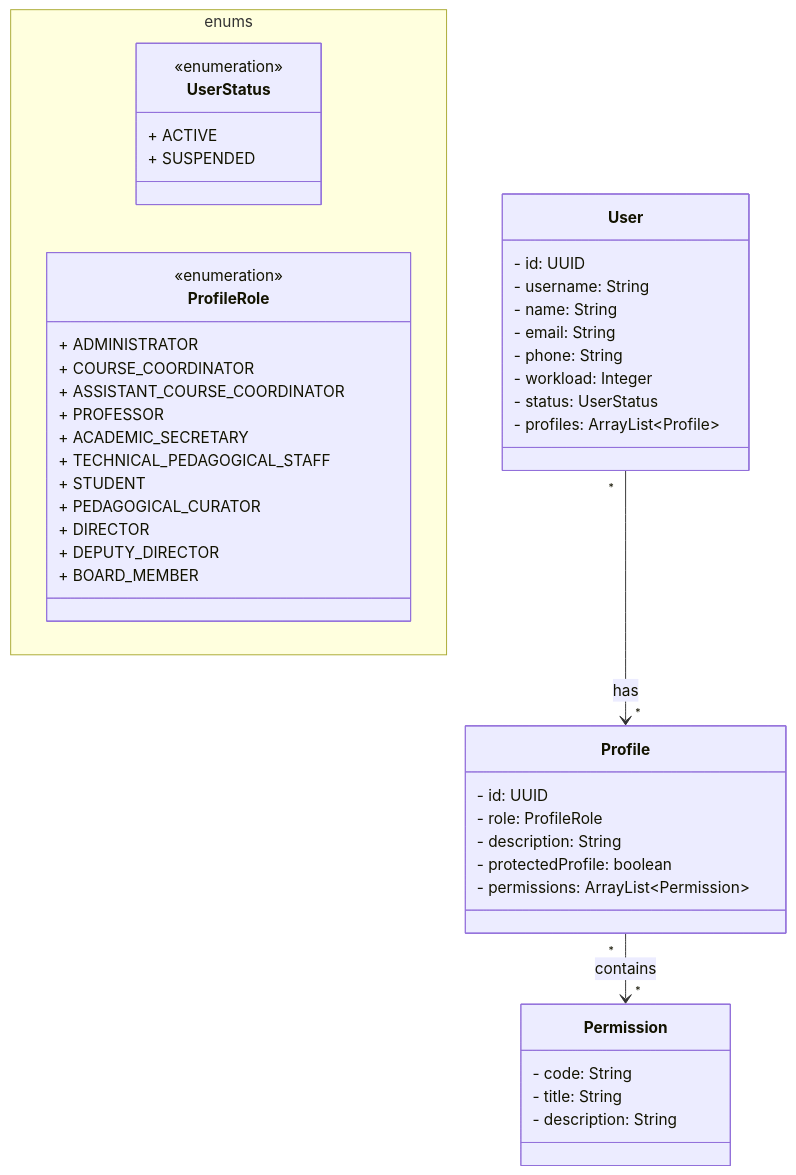
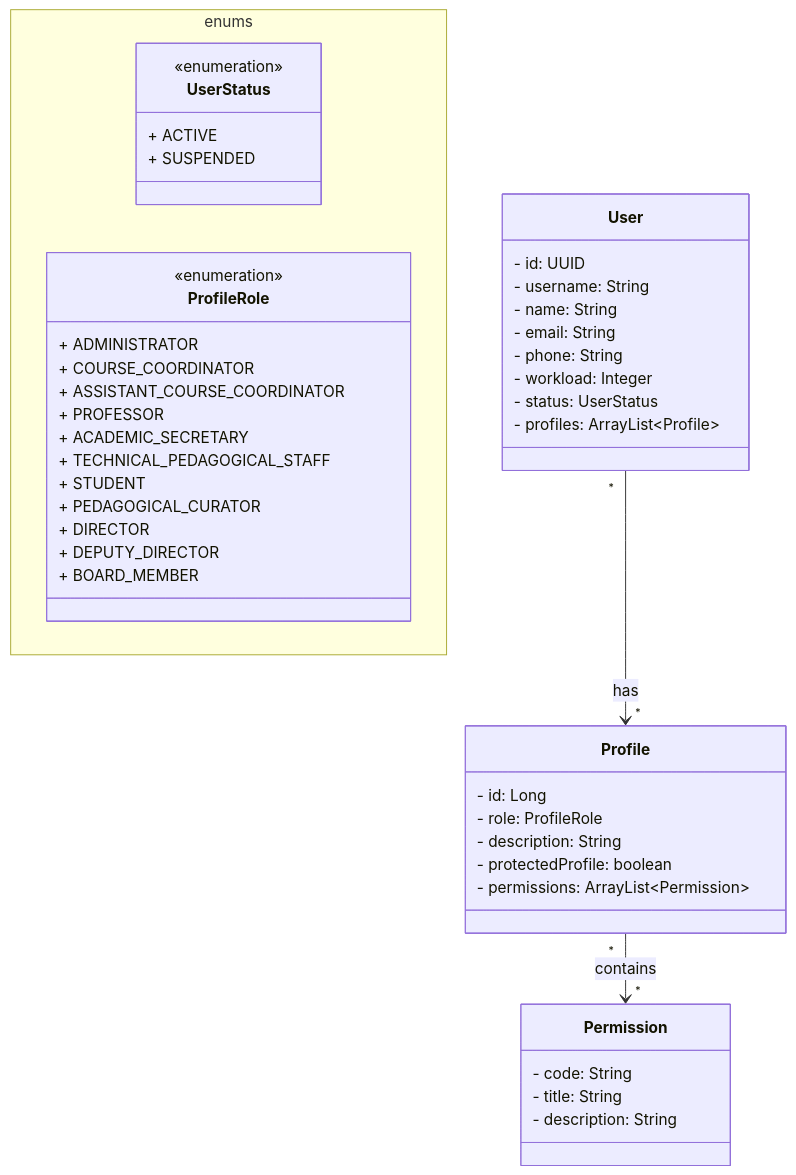
One commit to Hafyki/SOCC-fullstack changed the first of 2 diagrams in README.md. Above: the diagram before and after it, drawn with Mermaid. The commit also changed other lines of this file, not shown here.

````diff
--- a/README.md
+++ b/README.md
@@ -18,54 +18,54 @@
 ```mermaid
 classDiagram
 direction TB
 	namespace enums {
         class UserStatus {
             + ACTIVE
             + SUSPENDED
         }
 
         class ProfileRole {
             + ADMINISTRATOR
             + COURSE_COORDINATOR
             + ASSISTANT_COURSE_COORDINATOR
             + PROFESSOR
             + ACADEMIC_SECRETARY
             + TECHNICAL_PEDAGOGICAL_STAFF
             + STUDENT
             + PEDAGOGICAL_CURATOR
             + DIRECTOR
             + DEPUTY_DIRECTOR
             + BOARD_MEMBER
         }
 	}
 
     class User {
 	    - id: UUID
 	    - username: String
 	    - name: String
 	    - email: String
 	    - phone: String
 	    - workload: Integer
 	    - status: UserStatus
 	    - profiles: ArrayList~Profile~
     }
     class Profile {
-	    - id: UUID
+	    - id: Long
 	    - role: ProfileRole
 	    - description: String
 	    - protectedProfile: boolean
 	    - permissions: ArrayList~Permission~
     }
     
     class Permission {
         - code: String
         - title: String
         - description: String
     }
     
 	<<enumeration>> UserStatus
 	<<enumeration>> ProfileRole
 
     User "*" --> "*" Profile : has
     Profile "*" --> "*" Permission : contains
 ```
````
